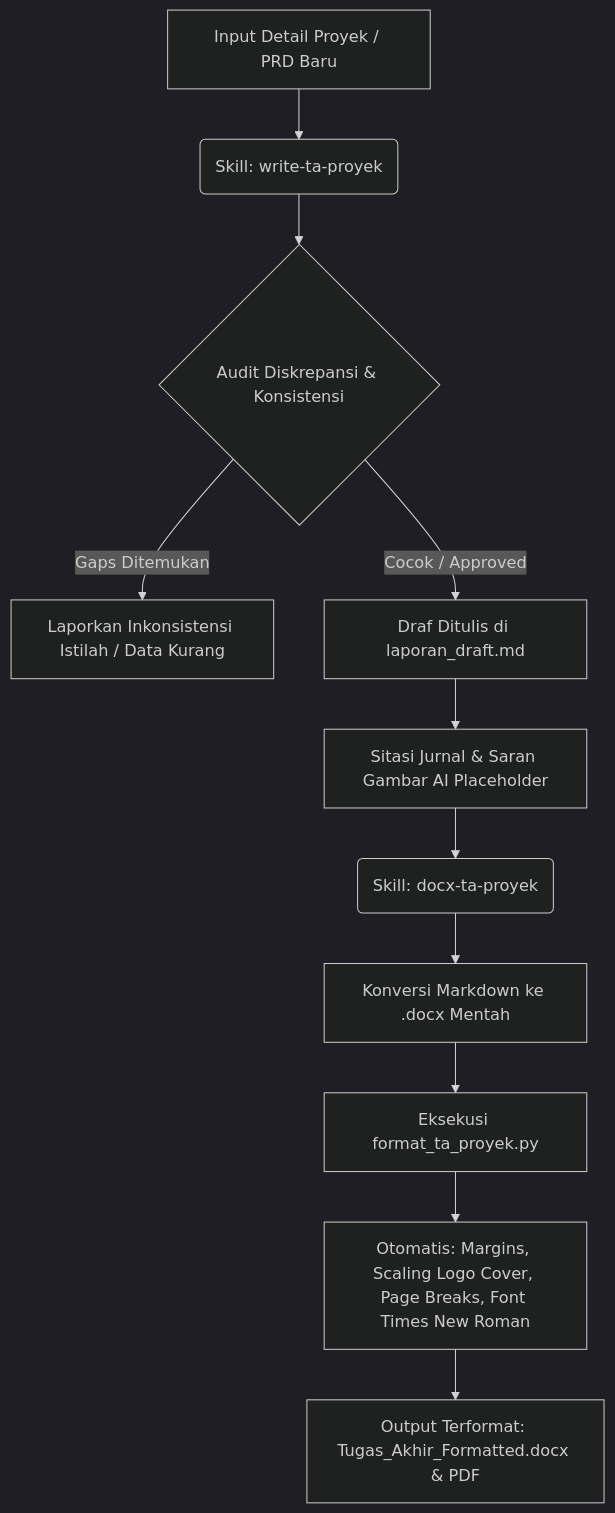
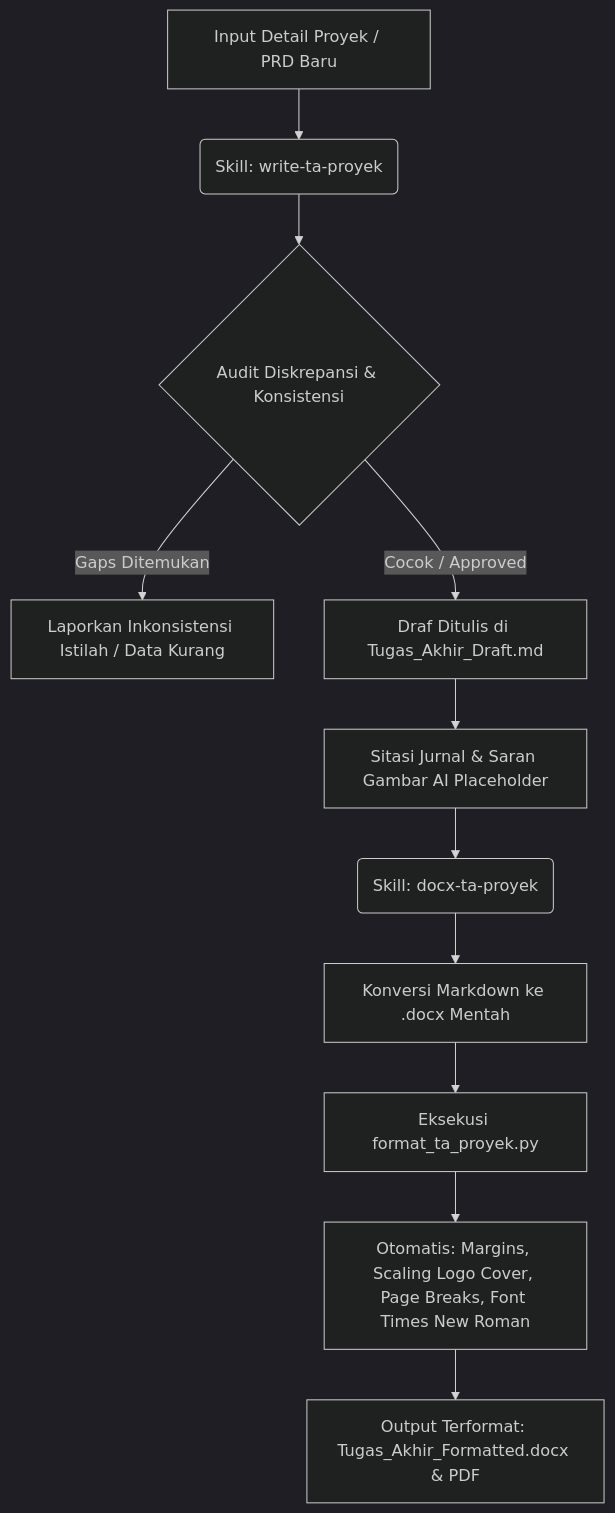
One commit to Jokskuyy/workflow-ta-proyek changed the diagram in README.md. Above: the diagram before and after it, drawn with Mermaid (dark theme). The commit also changed other lines of this file and 4 other files, not shown here.

Commit message:
refactor(skills): modularkan - ekstrak spesifikasi format & kerangka 4 bab ke skills/references/ (sumber tunggal); perbaiki README (Tugas_Akhir_Draft.md)

````diff
--- a/README.md
+++ b/README.md
@@ -13,13 +13,13 @@
 ```mermaid
 graph TD
     A[Input Detail Proyek / PRD Baru] --> B(Skill: write-ta-proyek)
     B --> C{Audit Diskrepansi & Konsistensi}
     C -->|Gaps Ditemukan| D[Laporkan Inkonsistensi Istilah / Data Kurang]
-    C -->|Cocok / Approved| E[Draf Ditulis di laporan_draft.md]
+    C -->|Cocok / Approved| E[Draf Ditulis di Tugas_Akhir_Draft.md]
     E --> F[Sitasi Jurnal & Saran Gambar AI Placeholder]
     F --> G(Skill: docx-ta-proyek)
     G --> H[Konversi Markdown ke .docx Mentah]
     H --> I[Eksekusi format_ta_proyek.py]
     I --> J[Otomatis: Margins, Scaling Logo Cover, Page Breaks, Font Times New Roman]
     J --> K[Output Terformat: Tugas_Akhir_Formatted.docx & PDF]
 ```
````
